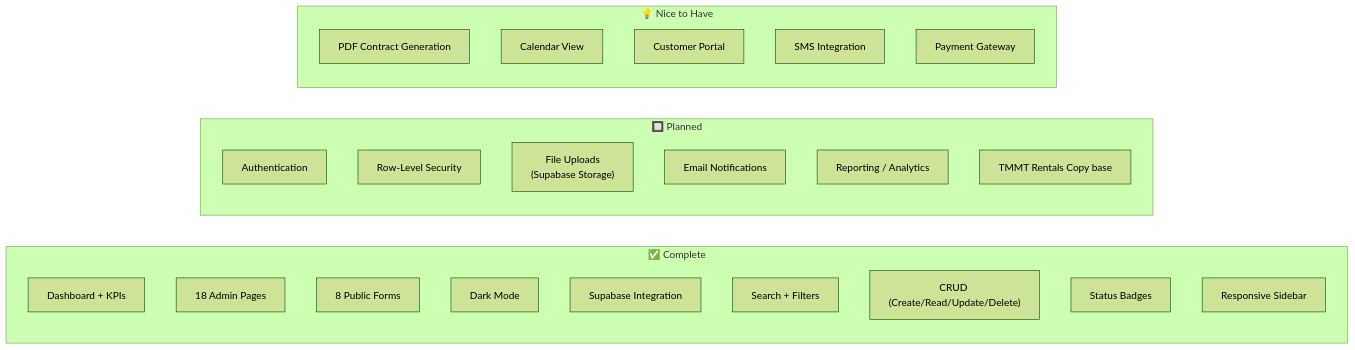
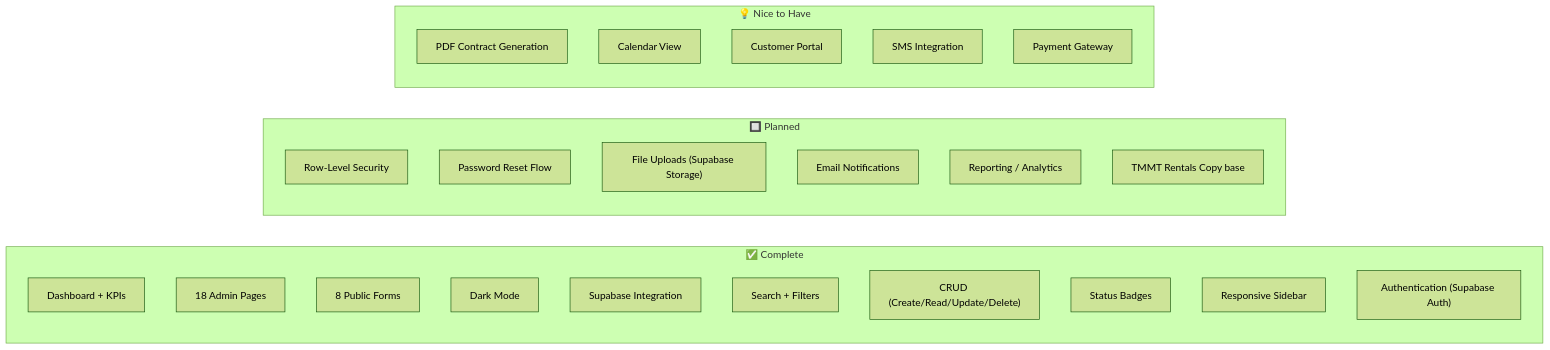
The diagram in docs/STATUS.md (AIXMOS537/TMMT), drawn with Mermaid (forest theme) before and after one commit. The commit also changed other lines of this file and 1 other file, not shown here.

Commit message:
docs: update STATUS and ARCHITECTURE for Supabase Auth

````diff
--- a/docs/STATUS.md
+++ b/docs/STATUS.md
@@ -40,31 +41,32 @@
 ```mermaid
 graph LR
     subgraph Done["✅ Complete"]
         D1["Dashboard + KPIs"]
         D2["18 Admin Pages"]
         D3["8 Public Forms"]
         D4["Dark Mode"]
         D5["Supabase Integration"]
         D6["Search + Filters"]
         D7["CRUD (Create/Read/Update/Delete)"]
         D8["Status Badges"]
         D9["Responsive Sidebar"]
+        D10["Authentication (Supabase Auth)"]
     end
 
     subgraph Planned["🔲 Planned"]
-        P1["Authentication"]
-        P2["Row-Level Security"]
-        P3["File Uploads<br/>(Supabase Storage)"]
+        P1["Row-Level Security"]
+        P2["Password Reset Flow"]
+        P3["File Uploads (Supabase Storage)"]
         P4["Email Notifications"]
         P5["Reporting / Analytics"]
         P6["TMMT Rentals Copy base"]
     end
 
     subgraph NiceToHave["💡 Nice to Have"]
         N1["PDF Contract Generation"]
         N2["Calendar View"]
         N3["Customer Portal"]
         N4["SMS Integration"]
         N5["Payment Gateway"]
     end
 ```
````
